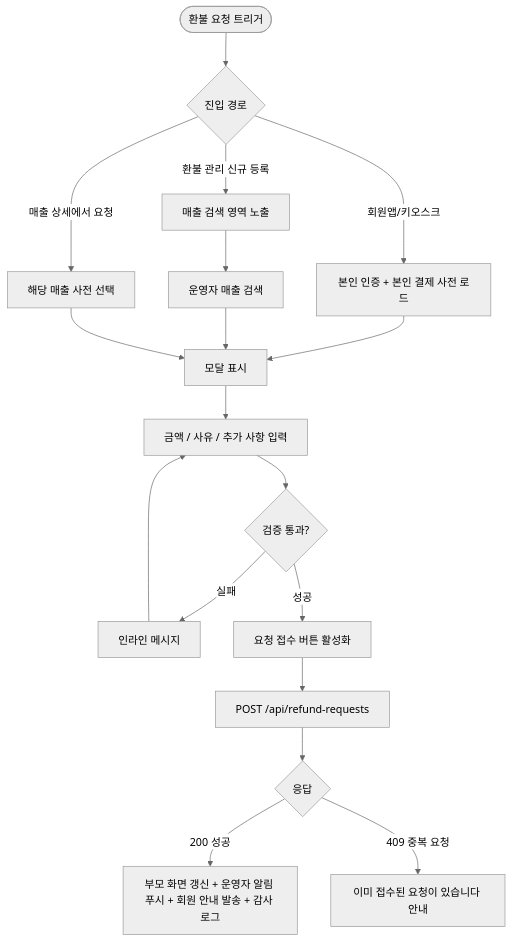
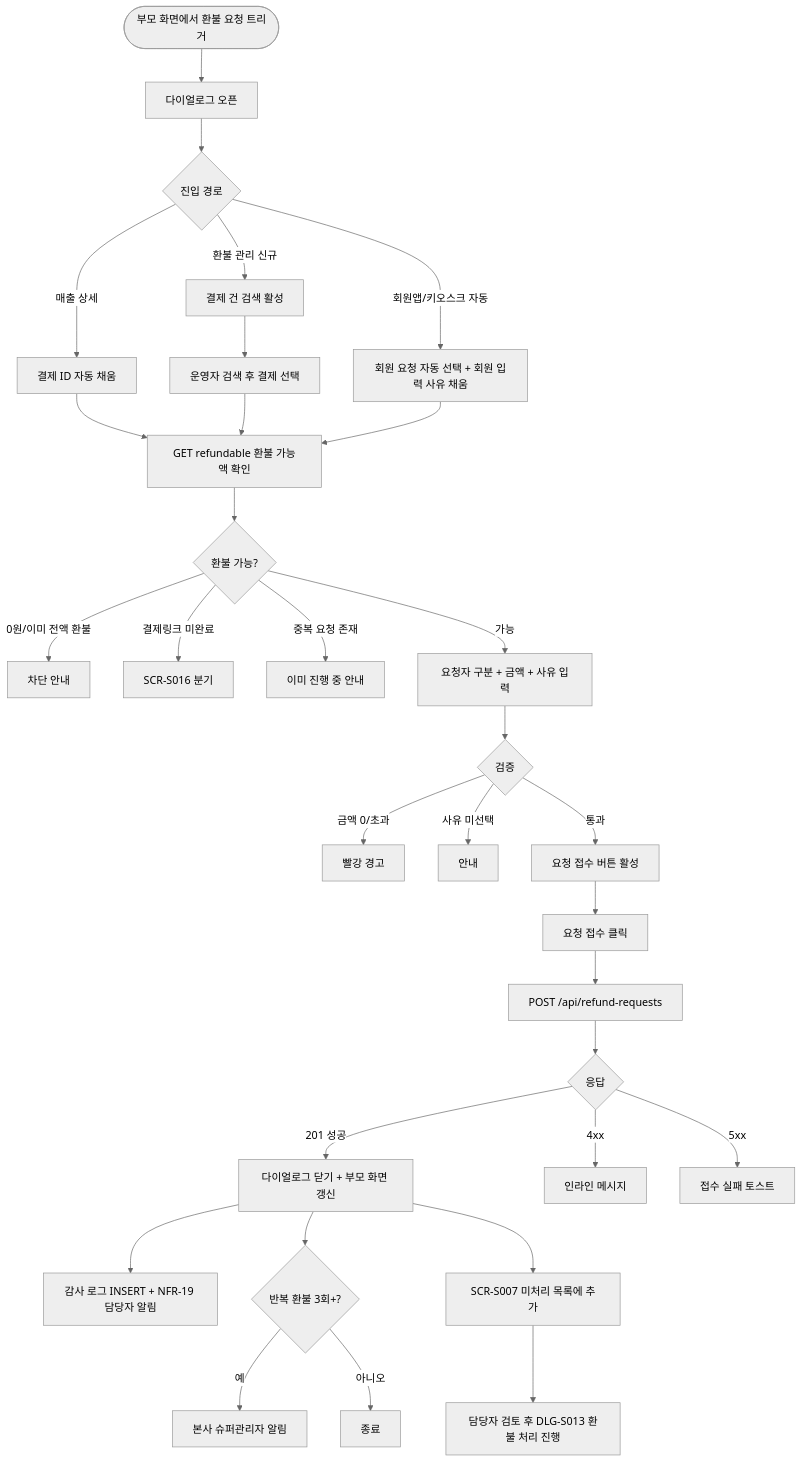
The first of 2 diagrams in docs-domain/D03 매출관리/DLG-S015 환불요청 다이얼로그/README.md (dev-spogym/admin-pando), drawn with Mermaid (neutral theme) before and after one commit. The commit also changed other lines of this file and 54 other files, not shown here.

````diff
--- a/docs-domain/D03 매출관리/DLG-S015 환불요청 다이얼로그/README.md
+++ b/docs-domain/D03 매출관리/DLG-S015 환불요청 다이얼로그/README.md
@@ -61,20 +201,33 @@
 ```mermaid
 flowchart TD
-    A([환불 요청 트리거]) --> B{진입 경로}
-    B -->|회원앱/키오스크| C[본인 인증 + 본인 결제 사전 로드]
-    B -->|환불 관리 신규 등록| D[매출 검색 영역 노출]
-    B -->|매출 상세에서 요청| E[해당 매출 사전 선택]
-    C --> F[모달 표시]
-    D --> G[운영자 매출 검색]
-    G --> F
-    E --> F
-    F --> H[금액 / 사유 / 추가 사항 입력]
-    H --> I{검증 통과?}
-    I -->|실패| J[인라인 메시지]
-    J --> H
-    I -->|성공| K[요청 접수 버튼 활성화]
-    K --> L[POST /api/refund-requests]
-    L --> M{응답}
-    M -->|200 성공| N[부모 화면 갱신 + 운영자 알림 푸시 + 회원 안내 발송 + 감사 로그]
-    M -->|409 중복 요청| O["이미 접수된 요청이 있습니다" 안내]
+    A([부모 화면에서 환불 요청 트리거]) --> B[다이얼로그 오픈]
+    B --> C{진입 경로}
+    C -->|매출 상세| D[결제 ID 자동 채움]
+    C -->|환불 관리 신규| E[결제 건 검색 활성]
+    C -->|회원앱/키오스크 자동| F[회원 요청 자동 선택 + 회원 입력 사유 채움]
+    D --> G[GET refundable 환불 가능액 확인]
+    E --> H[운영자 검색 후 결제 선택]
+    H --> G
+    F --> G
+    G --> I{환불 가능?}
+    I -->|0원/이미 전액 환불| J[차단 안내]
+    I -->|결제링크 미완료| K[SCR-S016 분기]
+    I -->|중복 요청 존재| L["이미 진행 중" 안내]
+    I -->|가능| M[요청자 구분 + 금액 + 사유 입력]
+    M --> N{검증}
+    N -->|금액 0/초과| O[빨강 경고]
+    N -->|사유 미선택| P[안내]
+    N -->|통과| Q[요청 접수 버튼 활성]
+    Q --> R[요청 접수 클릭]
+    R --> S[POST /api/refund-requests]
+    S --> T{응답}
+    T -->|201 성공| U[다이얼로그 닫기 + 부모 화면 갱신]
+    T -->|4xx| V[인라인 메시지]
+    T -->|5xx| W["접수 실패" 토스트]
+    U --> X[감사 로그 INSERT + NFR-19 담당자 알림]
+    U --> Y{반복 환불 3회+?}
+    Y -->|예| Z[본사 슈퍼관리자 알림]
+    Y -->|아니오| AA[종료]
+    U --> AB[SCR-S007 미처리 목록에 추가]
+    AB --> AC[담당자 검토 후 DLG-S013 환불 처리 진행]
 ```
````
